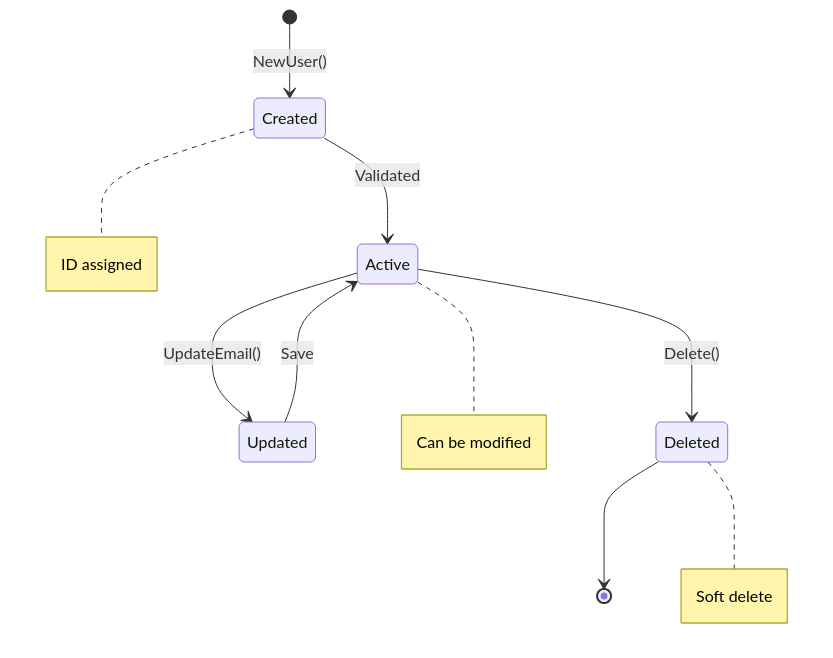
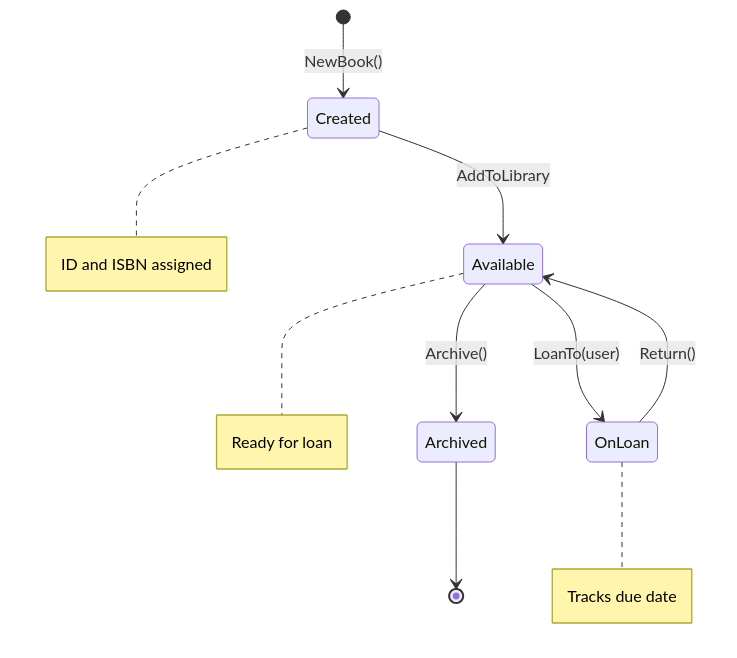
The diagram in backend/data/courses/hexagonal-architecture-building-maintainable-software/lessons/03-the-domain-layer/sublessons/00-entities-objects-with-identity/content.md (jonathanleahy/fullstack-monorepo), drawn with Mermaid before and after one commit. The commit also changed other lines of this file and 50 other files, not shown here.

First line of the commit message:
chore: Update Hexagonal Architecture course content

````diff
--- a/backend/data/courses/hexagonal-architecture-building-maintainable-software/lessons/03-the-domain-layer/sublessons/00-entities-objects-with-identity/content.md
+++ b/backend/data/courses/hexagonal-architecture-building-maintainable-software/lessons/03-the-domain-layer/sublessons/00-entities-objects-with-identity/content.md
@@ -7,13 +15,13 @@
 ```mermaid
 stateDiagram-v2
-    [*] --> Created: NewUser()
-    Created --> Active: Validated
-    Active --> Updated: UpdateEmail()
-    Updated --> Active: Save
-    Active --> Deleted: Delete()
-    Deleted --> [*]
+    [*] --> Created: NewBook()
+    Created --> Available: AddToLibrary
+    Available --> OnLoan: LoanTo(user)
+    OnLoan --> Available: Return()
+    Available --> Archived: Archive()
+    Archived --> [*]
 
-    note right of Created: ID assigned
-    note right of Active: Can be modified
-    note right of Deleted: Soft delete
+    note right of Created: ID and ISBN assigned
+    note right of Available: Ready for loan
+    note right of OnLoan: Tracks due date
 ```
````
